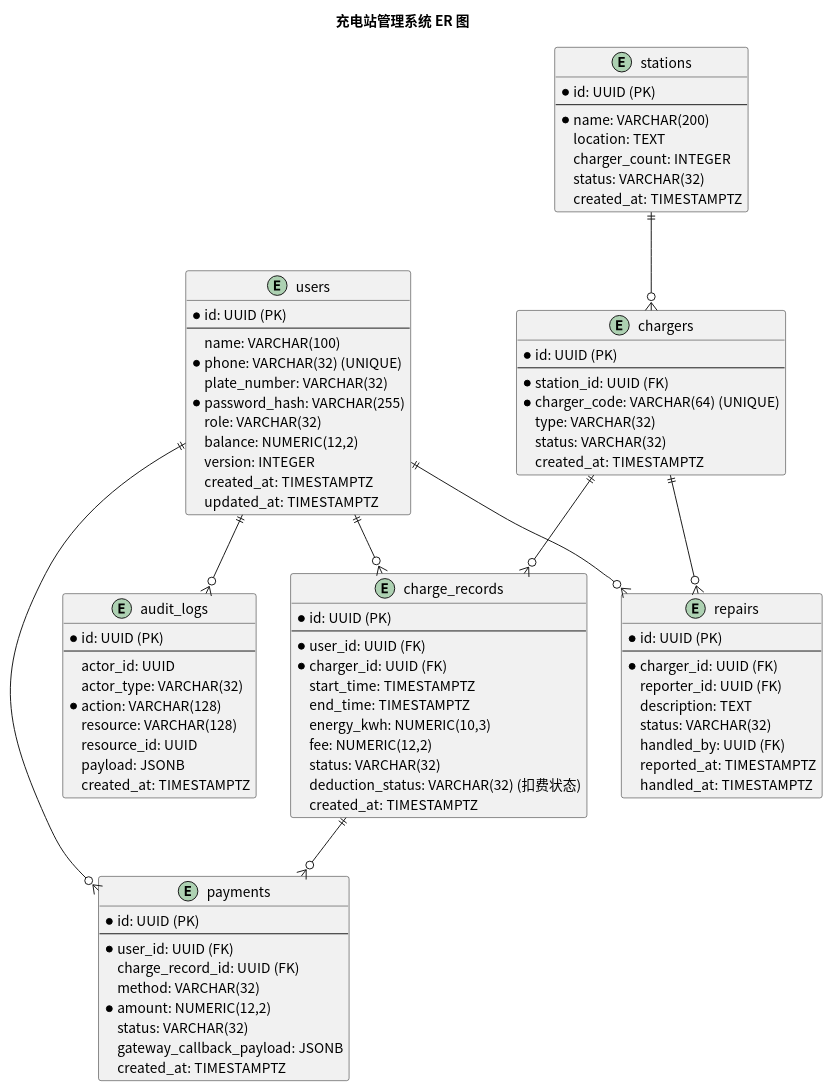
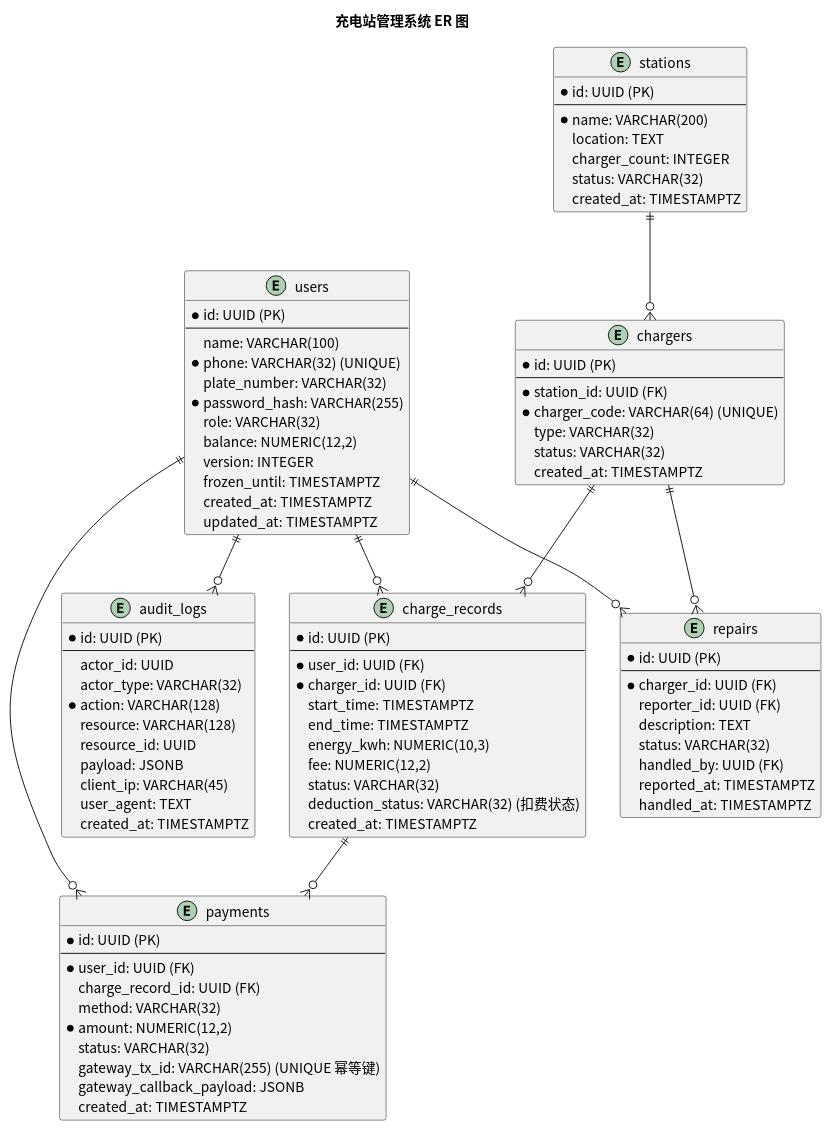
One commit to greenhandzdl/charging-station-doc changed the diagram in usecase/docs/database/src/er_diagram.puml. Above: the diagram before and after it, drawn with PlantUML. The commit also changed 24 other files, not shown here.

```diff
--- a/usecase/docs/database/src/er_diagram.puml
+++ b/usecase/docs/database/src/er_diagram.puml
@@ -1,98 +1,102 @@
 @startuml
 skinparam defaultFontName "Noto Sans CJK SC"
 skinparam defaultFontSize 14
 title 充电站管理系统 ER 图
 
 entity users {
   *id: UUID (PK)
   --
   name: VARCHAR(100)
   *phone: VARCHAR(32) (UNIQUE)
   plate_number: VARCHAR(32)
   *password_hash: VARCHAR(255)
   role: VARCHAR(32)
   balance: NUMERIC(12,2)
   version: INTEGER
+  frozen_until: TIMESTAMPTZ
   created_at: TIMESTAMPTZ
   updated_at: TIMESTAMPTZ
 }
 
 entity stations {
   *id: UUID (PK)
   --
   *name: VARCHAR(200)
   location: TEXT
   charger_count: INTEGER
   status: VARCHAR(32)
   created_at: TIMESTAMPTZ
 }
 
 entity chargers {
   *id: UUID (PK)
   --
   *station_id: UUID (FK)
   *charger_code: VARCHAR(64) (UNIQUE)
   type: VARCHAR(32)
   status: VARCHAR(32)
   created_at: TIMESTAMPTZ
 }
 
 entity charge_records {
   *id: UUID (PK)
   --
   *user_id: UUID (FK)
   *charger_id: UUID (FK)
   start_time: TIMESTAMPTZ
   end_time: TIMESTAMPTZ
   energy_kwh: NUMERIC(10,3)
   fee: NUMERIC(12,2)
   status: VARCHAR(32)
   deduction_status: VARCHAR(32) (扣费状态)
   created_at: TIMESTAMPTZ
 }
 
 entity payments {
   *id: UUID (PK)
   --
   *user_id: UUID (FK)
   charge_record_id: UUID (FK)
   method: VARCHAR(32)
   *amount: NUMERIC(12,2)
   status: VARCHAR(32)
+  gateway_tx_id: VARCHAR(255) (UNIQUE 幂等键)
   gateway_callback_payload: JSONB
   created_at: TIMESTAMPTZ
 }
 
 entity repairs {
   *id: UUID (PK)
   --
   *charger_id: UUID (FK)
   reporter_id: UUID (FK)
   description: TEXT
   status: VARCHAR(32)
   handled_by: UUID (FK)
   reported_at: TIMESTAMPTZ
   handled_at: TIMESTAMPTZ
 }
 
 entity audit_logs {
   *id: UUID (PK)
   --
   actor_id: UUID
   actor_type: VARCHAR(32)
   *action: VARCHAR(128)
   resource: VARCHAR(128)
   resource_id: UUID
   payload: JSONB
+  client_ip: VARCHAR(45)
+  user_agent: TEXT
   created_at: TIMESTAMPTZ
 }
 
 stations ||--o{ chargers
 users ||--o{ charge_records
 chargers ||--o{ charge_records
 users ||--o{ payments
 charge_records ||--o{ payments
 users ||--o{ repairs
 chargers ||--o{ repairs
 users ||--o{ audit_logs
 @enduml
```
